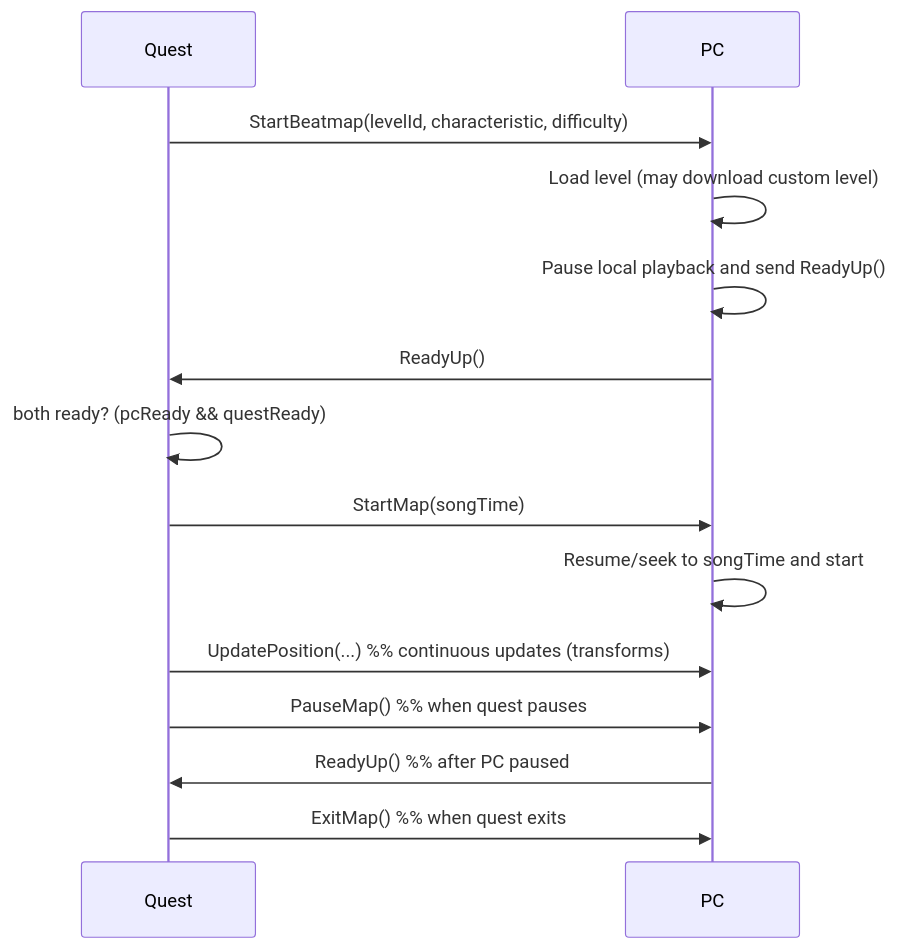
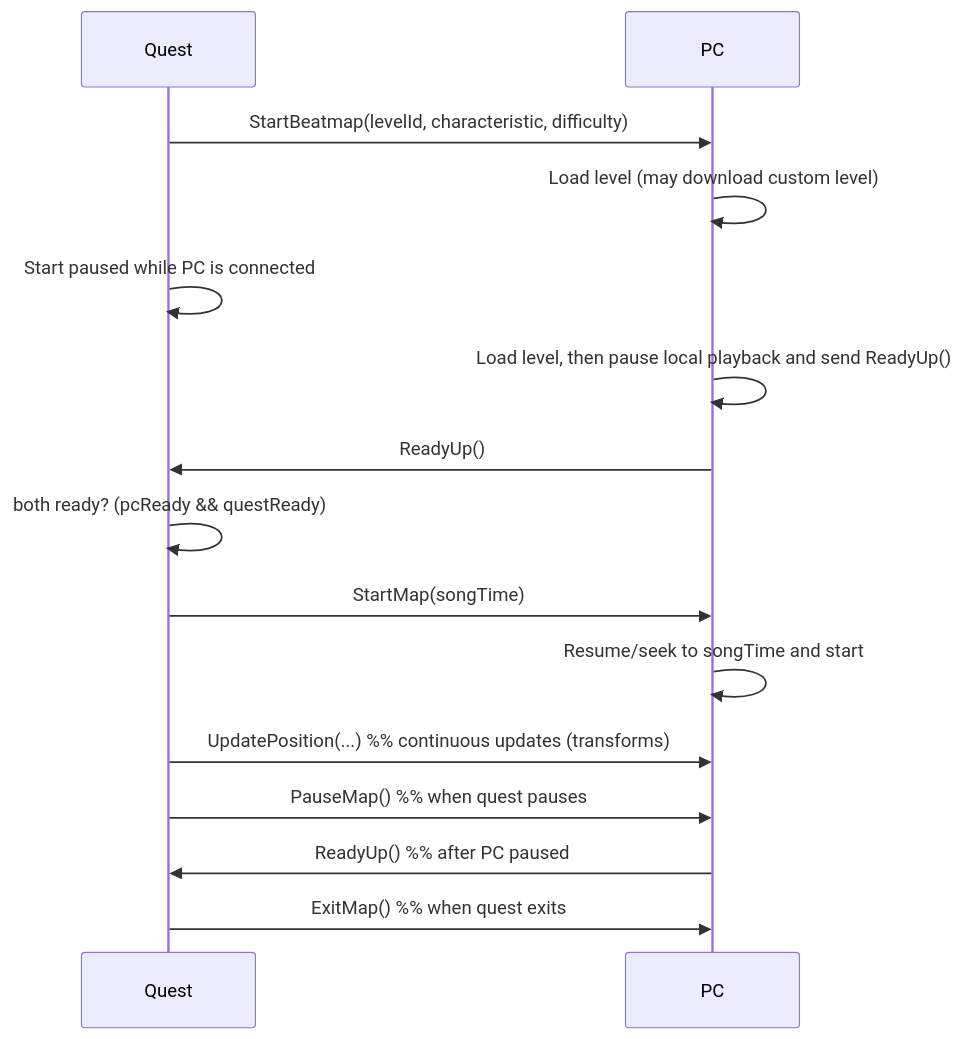
The diagram in protocol.md (Fernthedev/live_stream_quest), drawn with Mermaid before and after one commit. The commit also changed other lines of this file and 4 other files, not shown here.

````diff
--- a/protocol.md
+++ b/protocol.md
@@ -47,17 +48,18 @@
 ```mermaid
 sequenceDiagram
     participant Quest
     participant PC
 
     Quest->>PC: StartBeatmap(levelId, characteristic, difficulty)
     PC->>PC: Load level (may download custom level)
-    PC->>PC: Pause local playback and send ReadyUp()
+  Quest->>Quest: Start paused while PC is connected
+  PC->>PC: Load level, then pause local playback and send ReadyUp()
     PC->>Quest: ReadyUp()
-    Quest->>Quest: both ready? (pcReady && questReady)
+  Quest->>Quest: both ready? (pcReady && questReady)
     Quest->>PC: StartMap(songTime)
     PC->>PC: Resume/seek to songTime and start
     Quest->>PC: UpdatePosition(...)  %% continuous updates (transforms)
     Quest->>PC: PauseMap()  %% when quest pauses
     PC->>Quest: ReadyUp()   %% after PC paused
     Quest->>PC: ExitMap()   %% when quest exits
 ```
````
